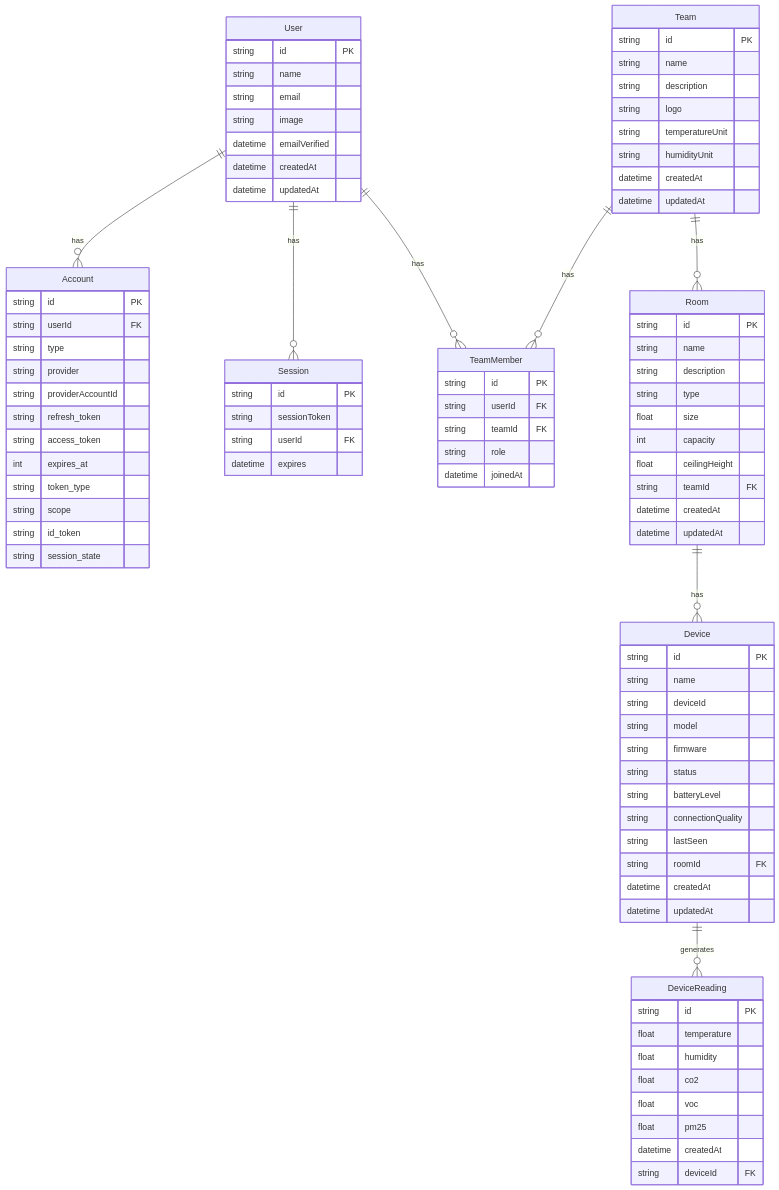
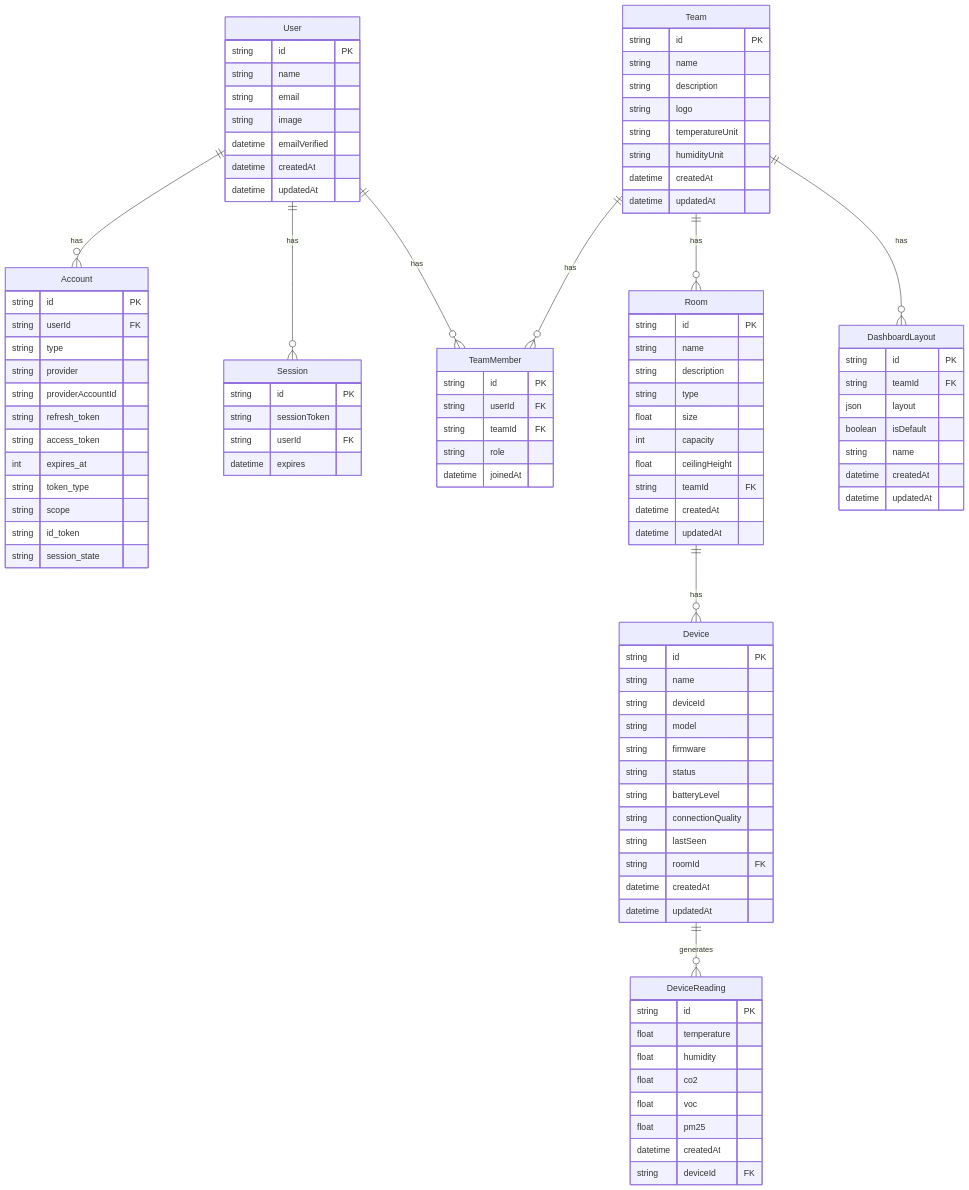
Before and after one commit to Best-Company-A-S/office-clima-app: the second of 5 diagrams in README.md, drawn with Mermaid. The commit also changed other lines of this file and 5 other files, not shown here.

First line of the commit message:
Add Dashboard Layout Management and Customization Features

````diff
--- a/README.md
+++ b/README.md
@@ -222,11 +222,22 @@
         string deviceId FK
     }
 
+    DashboardLayout {
+        string id PK
+        string teamId FK
+        json layout
+        boolean isDefault
+        string name
+        datetime createdAt
+        datetime updatedAt
+    }
+
     User ||--o{ Account : "has"
     User ||--o{ Session : "has"
     User ||--o{ TeamMember : "has"
     Team ||--o{ TeamMember : "has"
     Team ||--o{ Room : "has"
+    Team ||--o{ DashboardLayout : "has"
     Room ||--o{ Device : "has"
     Device ||--o{ DeviceReading : "generates"
 ```
````
